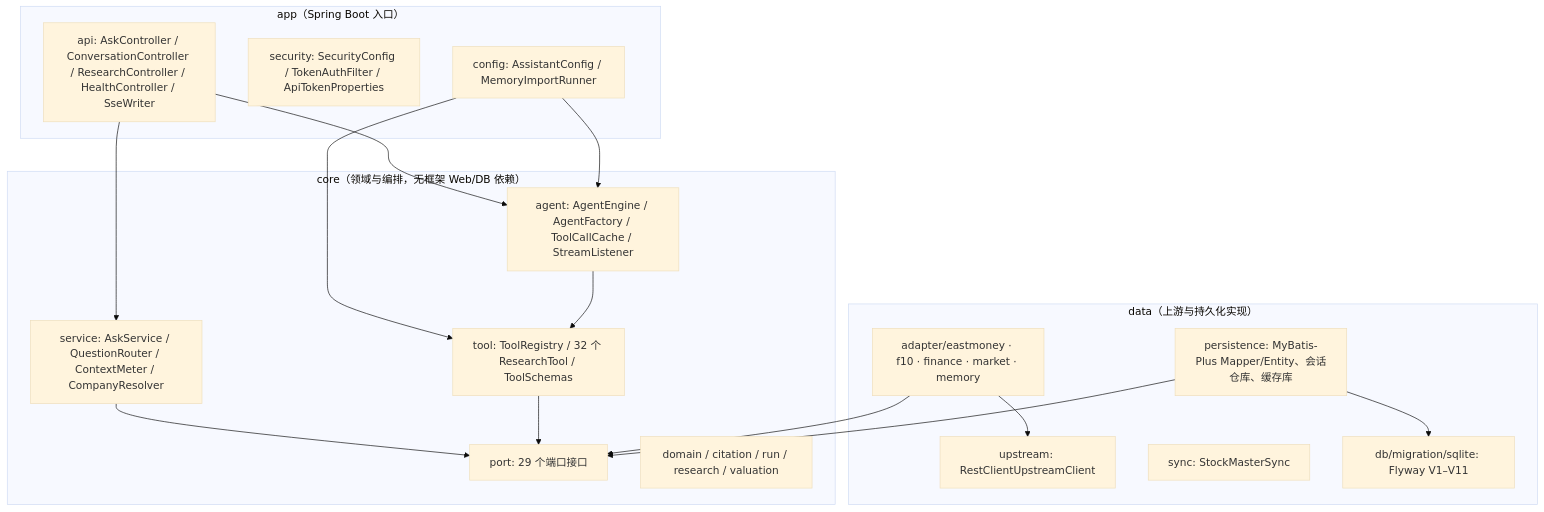
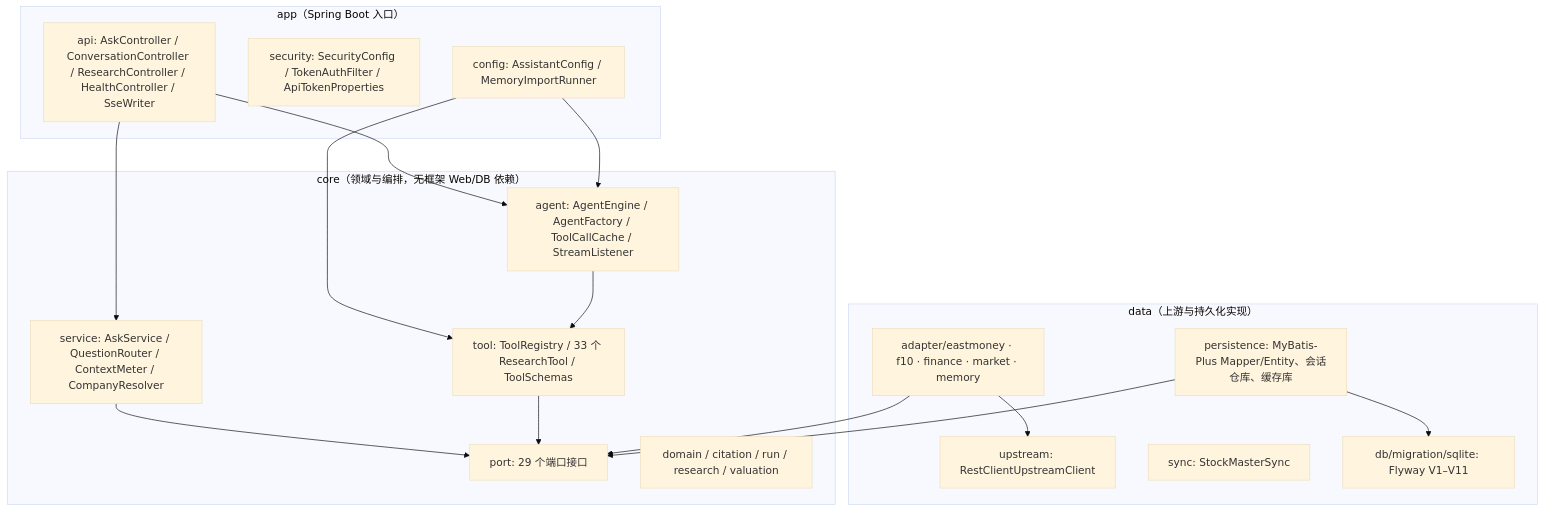
The first of 4 diagrams in docs/handover/ARCHITECTURE.md (Silhouetteeeeeee/investment-research), drawn with Mermaid (base theme) before and after one commit. The commit also changed other lines of this file and 28 other files, not shown here.

````diff
--- a/docs/handover/ARCHITECTURE.md
+++ b/docs/handover/ARCHITECTURE.md
@@ -7,33 +7,33 @@
 ```mermaid
 graph TD
     subgraph app["app（Spring Boot 入口）"]
         A1["api: AskController / ConversationController / ResearchController / HealthController / SseWriter"]
         A2["security: SecurityConfig / TokenAuthFilter / ApiTokenProperties"]
         A3["config: AssistantConfig / MemoryImportRunner"]
     end
     subgraph core["core（领域与编排，无框架 Web/DB 依赖）"]
         C1["service: AskService / QuestionRouter / ContextMeter / CompanyResolver"]
         C2["agent: AgentEngine / AgentFactory / ToolCallCache / StreamListener"]
-        C3["tool: ToolRegistry / 32 个 ResearchTool / ToolSchemas"]
+        C3["tool: ToolRegistry / 33 个 ResearchTool / ToolSchemas"]
         C4["port: 29 个端口接口"]
         C5["domain / citation / run / research / valuation"]
     end
     subgraph data["data（上游与持久化实现）"]
         D1["adapter/eastmoney · f10 · finance · market · memory"]
         D2["persistence: MyBatis-Plus Mapper/Entity、会话仓库、缓存库"]
         D3["upstream: RestClientUpstreamClient"]
         D4["sync: StockMasterSync"]
         D5["db/migration/sqlite: Flyway V1–V11"]
     end
     A1 --> C1
     A1 --> C2
     A3 --> C3
     A3 --> C2
     D1 --> C4
     D2 --> C4
     D1 --> D3
     D2 --> D5
     C1 --> C4
     C2 --> C3
     C3 --> C4
 ```
````
